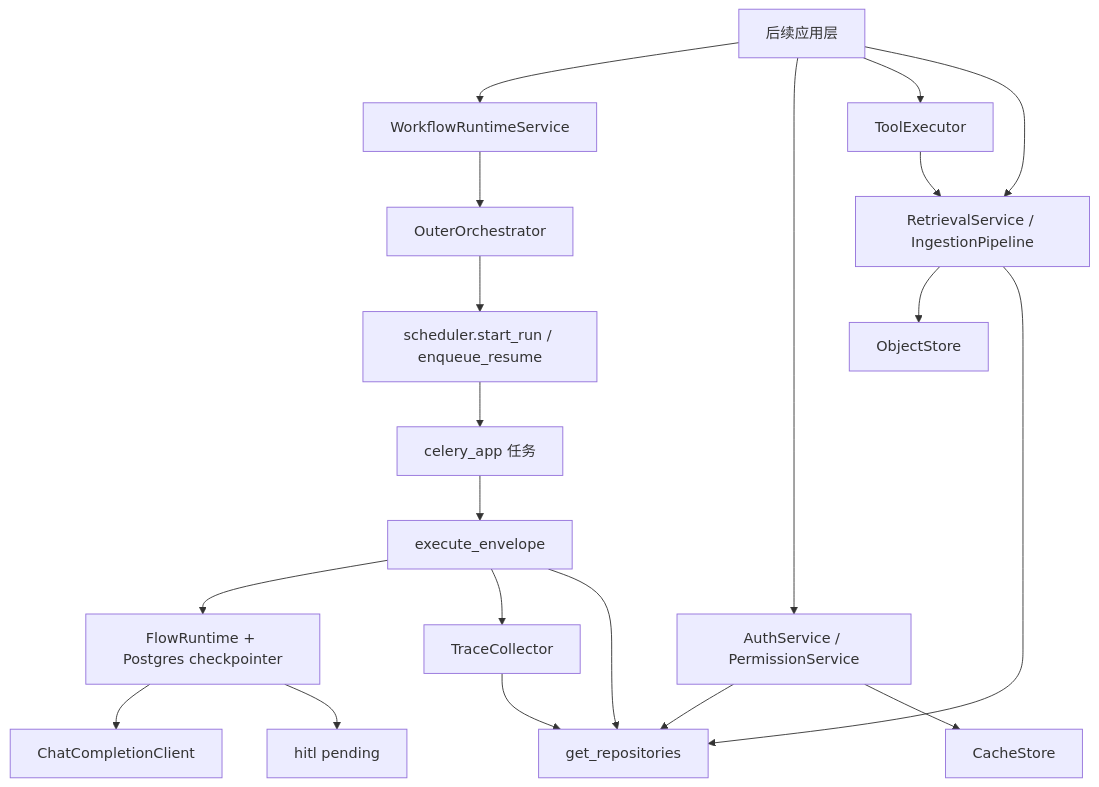
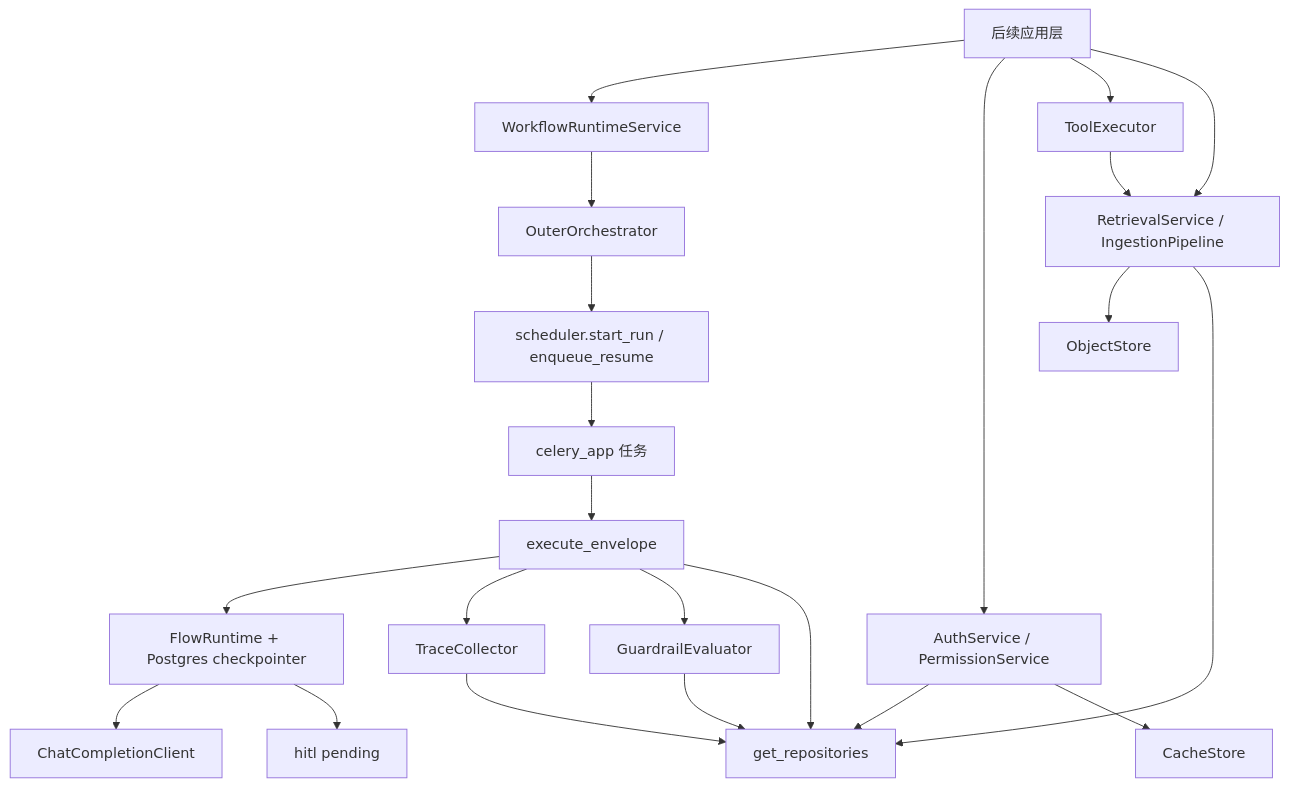
The first of 7 diagrams in docs/design/service_layer.md (DHaru85/flowfactory), drawn with Mermaid before and after one commit. The commit also changed other lines of this file and 25 other files, not shown here.

````diff
--- a/docs/design/service_layer.md
+++ b/docs/design/service_layer.md
@@ -38,39 +39,42 @@
 ```mermaid
 flowchart TB
   App["后续应用层"]
   WRS["WorkflowRuntimeService"]
   Orch["OuterOrchestrator"]
   Sched["scheduler.start_run / enqueue_resume"]
   Celery["celery_app 任务"]
   Env["execute_envelope"]
   Flow["FlowRuntime + Postgres checkpointer"]
   LLM["ChatCompletionClient"]
   HITL["hitl pending"]
   Auth["AuthService / PermissionService"]
   Tools["ToolExecutor"]
   KB["RetrievalService / IngestionPipeline"]
   Store["ObjectStore"]
   Obs["TraceCollector"]
+  Guard["GuardrailEvaluator"]
   Repo["get_repositories"]
   Redis["CacheStore"]
 
   App --> WRS
   App --> Auth
   App --> Tools
   App --> KB
   WRS --> Orch
   Orch --> Sched
   Sched --> Celery
   Celery --> Env
   Env --> Flow
   Env --> Obs
+  Env --> Guard
   Flow --> LLM
   Flow --> HITL
   Tools --> KB
   KB --> Store
   KB --> Repo
   Auth --> Repo
   Auth --> Redis
+  Guard --> Repo
   Env --> Repo
   Obs --> Repo
 ```
````
